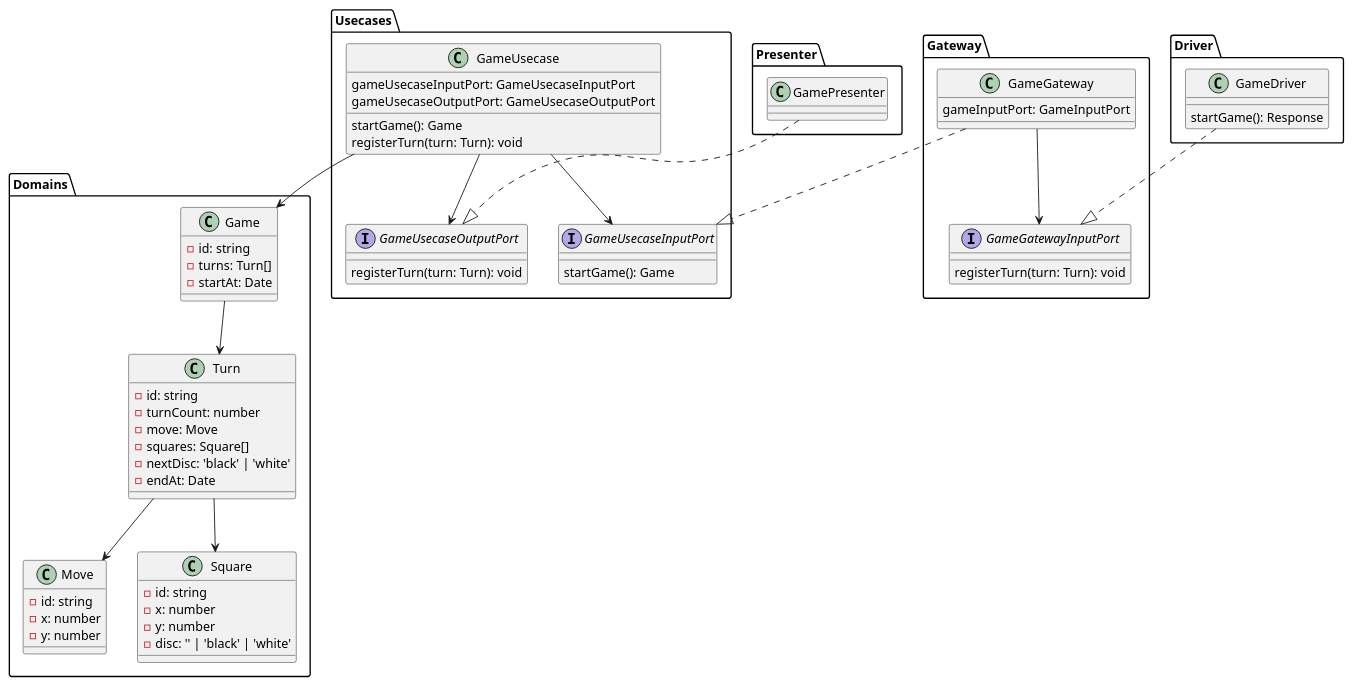
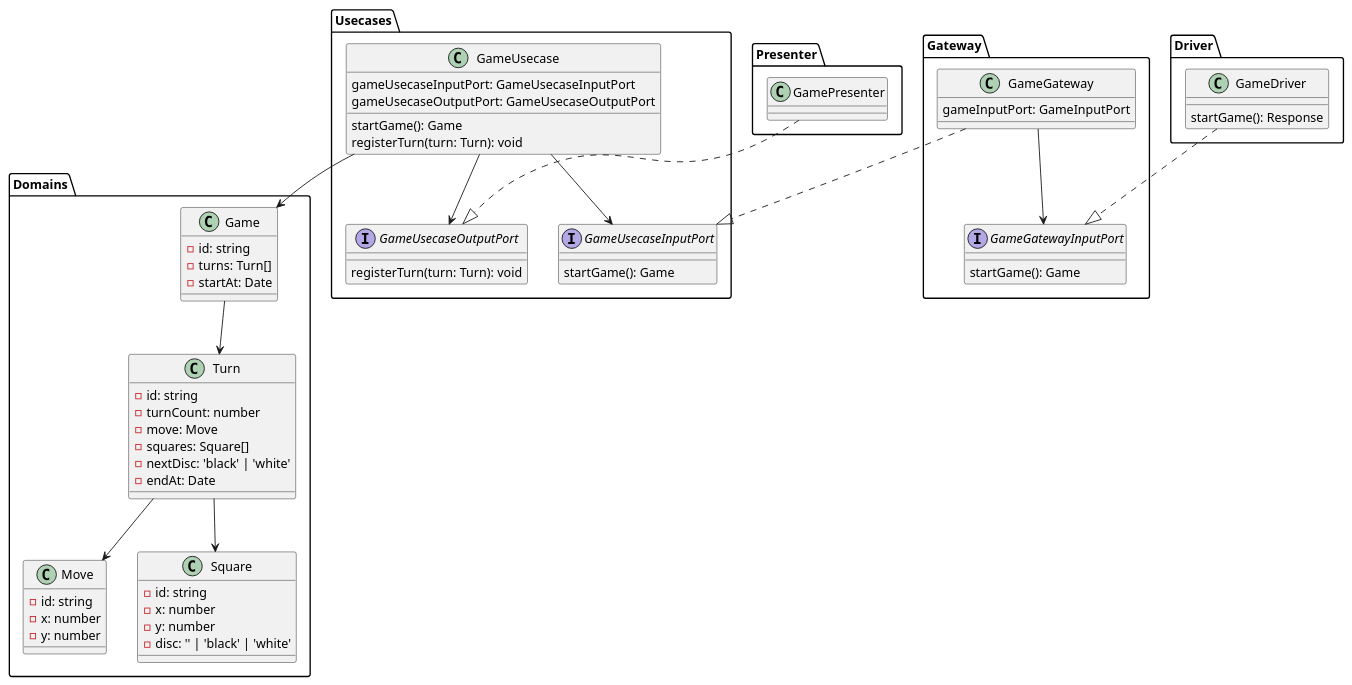
Before and after one commit to maaaashi/ReversiWithChatGPT: the diagram in docs/ClassDiagram.pu, drawn with PlantUML. The commit also changed 7 other files, not shown here.

```diff
--- a/docs/ClassDiagram.pu
+++ b/docs/ClassDiagram.pu
@@ -1,86 +1,86 @@
 @startuml ClassDiagram
 
 package Domains {
   class Game {
     -id: string
     -turns: Turn[]
     -startAt: Date
   }
 
   class Turn {
     -id: string
     -turnCount: number
     -move: Move
     -squares: Square[]
     -nextDisc: 'black' | 'white'
     -endAt: Date
   }
 
   class Move {
     -id: string
     -x: number
     -y: number
   }
 
   class Square {
     -id: string
     -x: number
     -y: number
     -disc: '' | 'black' | 'white'
   }
 
   Game --> Turn
   Turn --> Move
   Turn --> Square
 }
 
 package Usecases {
   class GameUsecase {
     gameUsecaseInputPort: GameUsecaseInputPort
     gameUsecaseOutputPort: GameUsecaseOutputPort
     startGame(): Game
     registerTurn(turn: Turn): void
   }
 
   interface GameUsecaseInputPort {
     startGame(): Game
   }
 
   interface GameUsecaseOutputPort {
     registerTurn(turn: Turn): void
   }
 
   GameUsecase --> Game
   GameUsecase --> GameUsecaseInputPort
   GameUsecase --> GameUsecaseOutputPort
 }
 
 package Gateway {
   class GameGateway {
     gameInputPort: GameInputPort
   }
 
   interface GameGatewayInputPort {
-    registerTurn(turn: Turn): void
+    startGame(): Game
   }
 
   GameGateway --> GameGatewayInputPort
   GameGateway ..|> GameUsecaseInputPort
 }
 
 package Driver {
   class GameDriver {
     startGame(): Response
   }
   GameDriver ..|> GameGatewayInputPort
 }
 
 package Presenter {
   class GamePresenter {
 
   }
 
   GamePresenter ..|> GameUsecaseOutputPort
 }
 
 @enduml
```
